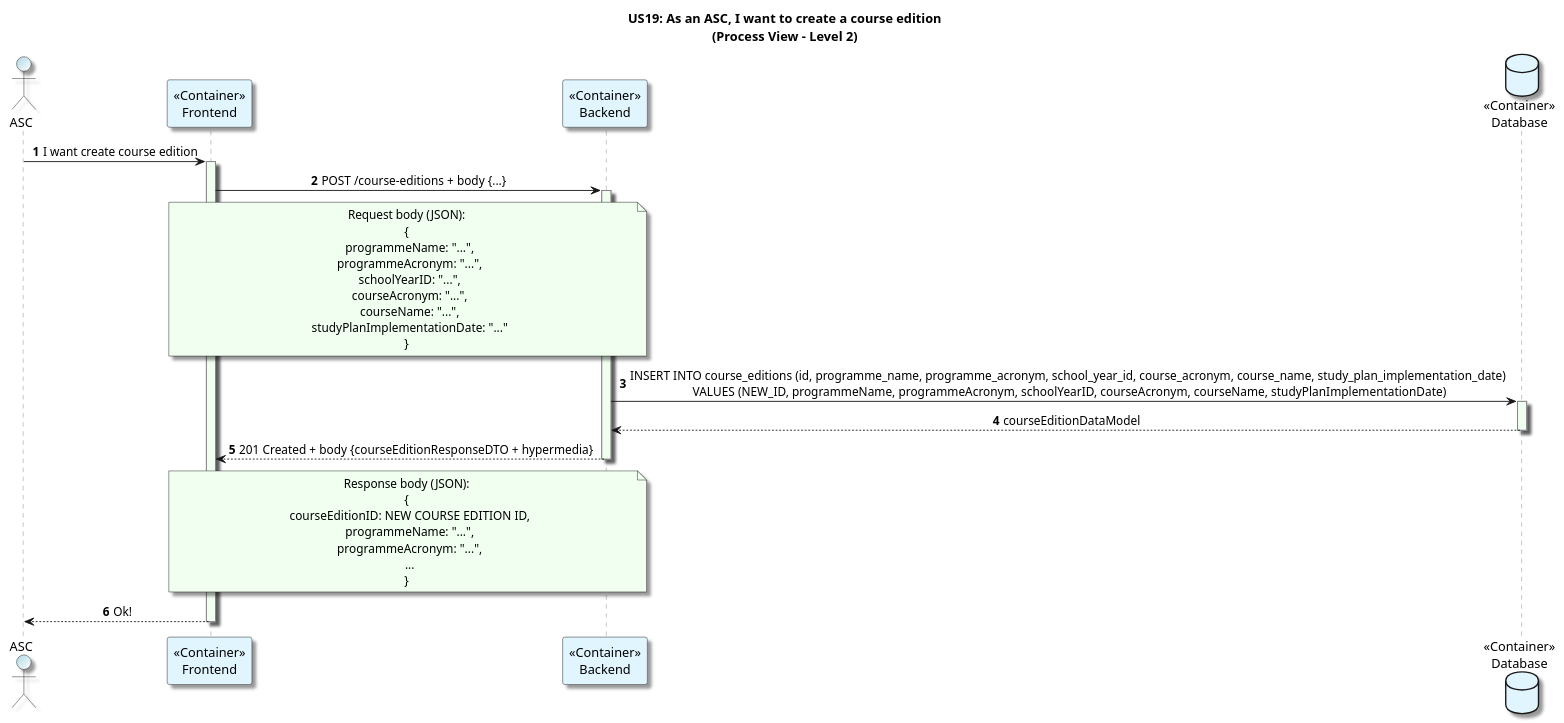
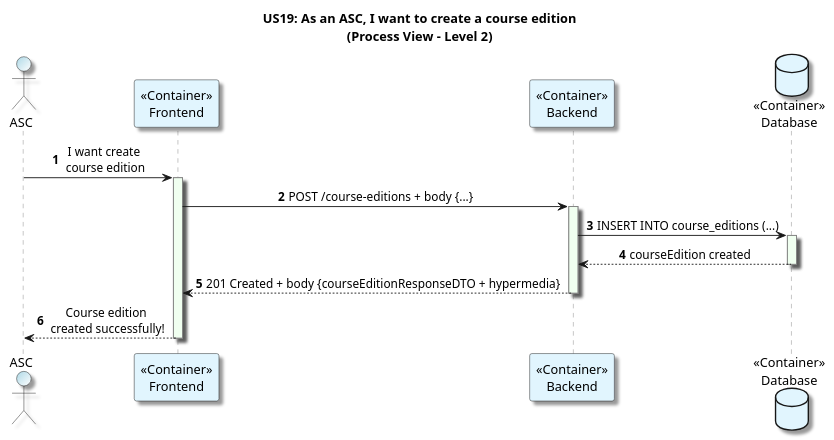
The diagram in docs/US19/Sprint7_RestAPI/ProcessView/Level2Granularity.puml (GasparISEP/DevOps-PAI), drawn with PlantUML before and after one commit.

Commit message:
[docs]: update Level2Granularity.puml to improve API request and response clarity for course edition creation #708 #710

```diff
--- a/docs/US19/Sprint7_RestAPI/ProcessView/Level2Granularity.puml
+++ b/docs/US19/Sprint7_RestAPI/ProcessView/Level2Granularity.puml
@@ -1,56 +1,38 @@
 @startuml
 title: US19: As an ASC, I want to create a course edition\n(Process View - Level 2)
 autonumber
 
 skinparam {
   ActivityPadding 2
   ActivityMargin 2
   BoxPadding 2
 }
 skinparam sequence {
     LifeLineBorderColor Grey
     LifeLineBackgroundColor HoneyDew
 }
 skinparam defaultTextAlignment center
 skinparam shadowing true
 
 actor ASC  #LightBlue/White
 participant "<<Container>>\nFrontend" as Frontend #E1F5FE
 participant "<<Container>>\nBackend" as Backend #E1F5FE
 database "<<Container>>\nDatabase" as Database #E1F5FE
 
 
 
-ASC -> Frontend: I want create course edition
+ASC -> Frontend: I want create\n course edition
 activate Frontend
 Frontend -> Backend: POST /course-editions + body {...}
-note over Frontend, Backend #HoneyDew
-Request body (JSON):
-{
-  programmeName: "...",
-  programmeAcronym: "...",
-  schoolYearID: "...",
-  courseAcronym: "...",
-  courseName: "...",
-  studyPlanImplementationDate: "..."
-}
-end note
+
 activate Backend
-Backend -> Database: INSERT INTO course_editions (id, programme_name, programme_acronym, school_year_id, course_acronym, course_name, study_plan_implementation_date) \nVALUES (NEW_ID, programmeName, programmeAcronym, schoolYearID, courseAcronym, courseName, studyPlanImplementationDate)
+Backend -> Database: INSERT INTO course_editions (...)
 activate Database
-Database --> Backend: courseEditionDataModel
+Database --> Backend: courseEdition created
 deactivate Database
 Backend --> Frontend: 201 Created + body {courseEditionResponseDTO + hypermedia}
-note over Backend, Frontend #HoneyDew
-Response body (JSON):
-{
-  courseEditionID: NEW COURSE EDITION ID,
-  programmeName: "...",
-  programmeAcronym: "...",
-  ...
-}
-end note
+
 deactivate Backend
-Frontend --> ASC: Ok!
+Frontend --> ASC: Course edition\n created successfully!
 deactivate Frontend
 @enduml
```
